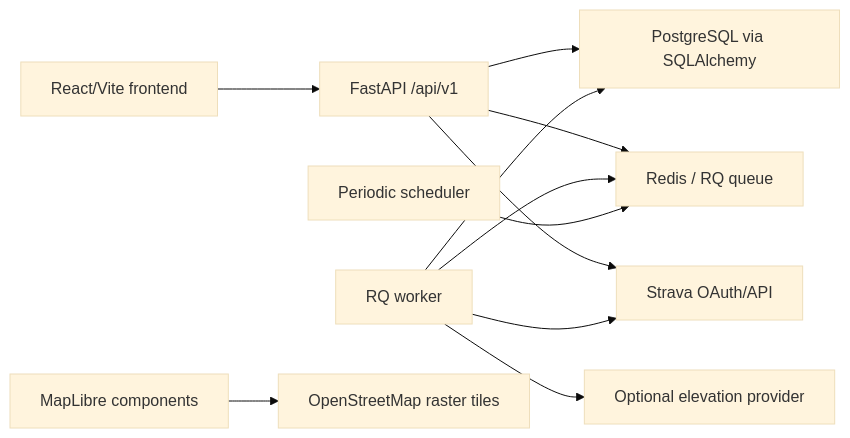
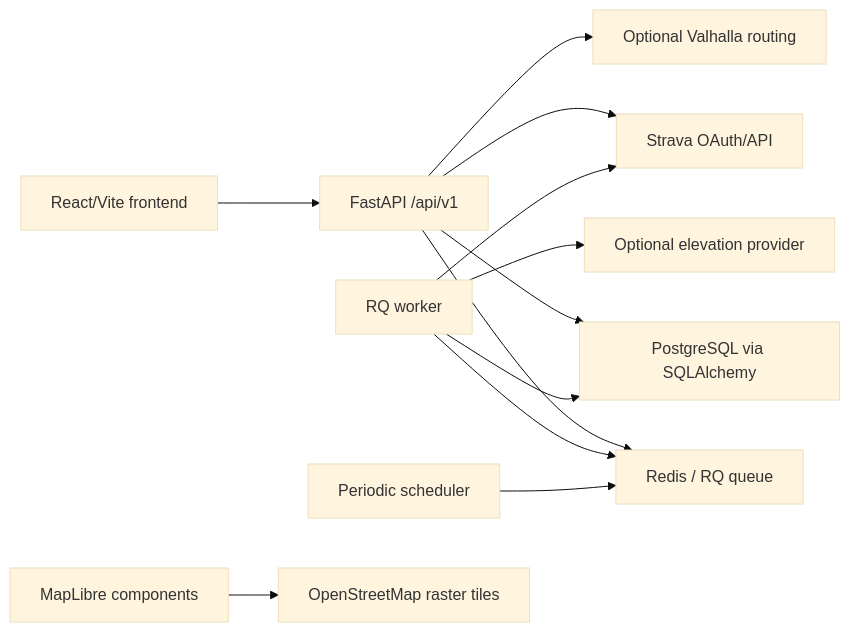
One commit to RadekKrizCorner/running-tracker changed the diagram in docs/technical.md. Above: the diagram before and after it, drawn with Mermaid (base theme). The commit also changed other lines of this file and 56 other files, not shown here.

````diff
--- a/docs/technical.md
+++ b/docs/technical.md
@@ -7,13 +7,14 @@
 ```mermaid
 flowchart LR
   Browser["React/Vite frontend"] --> API["FastAPI /api/v1"]
   API --> DB["PostgreSQL via SQLAlchemy"]
   API --> Redis["Redis / RQ queue"]
   Worker["RQ worker"] --> Redis
   Worker --> DB
   Scheduler["Periodic scheduler"] --> Redis
   API --> Strava["Strava OAuth/API"]
+  API --> Valhalla["Optional Valhalla routing"]
   Worker --> Strava
   Worker --> Elevation["Optional elevation provider"]
   FrontendMaps["MapLibre components"] --> Tiles["OpenStreetMap raster tiles"]
 ```
````
